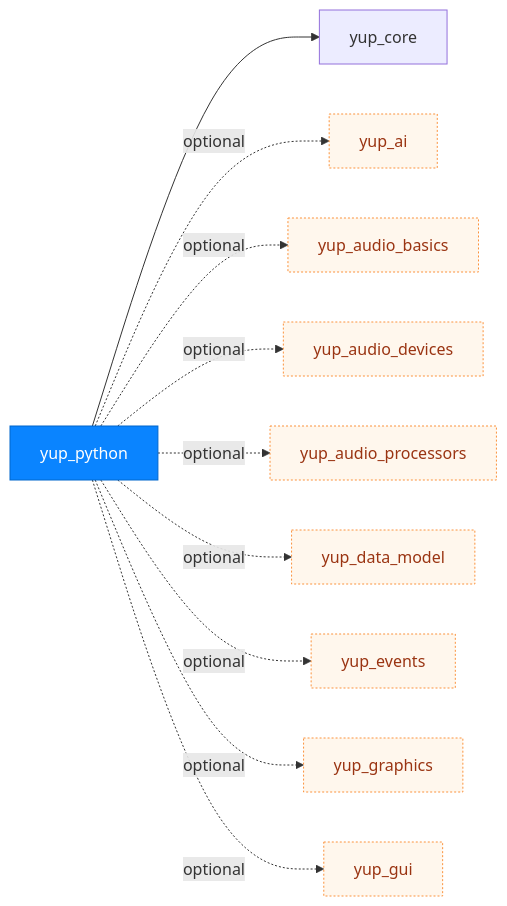
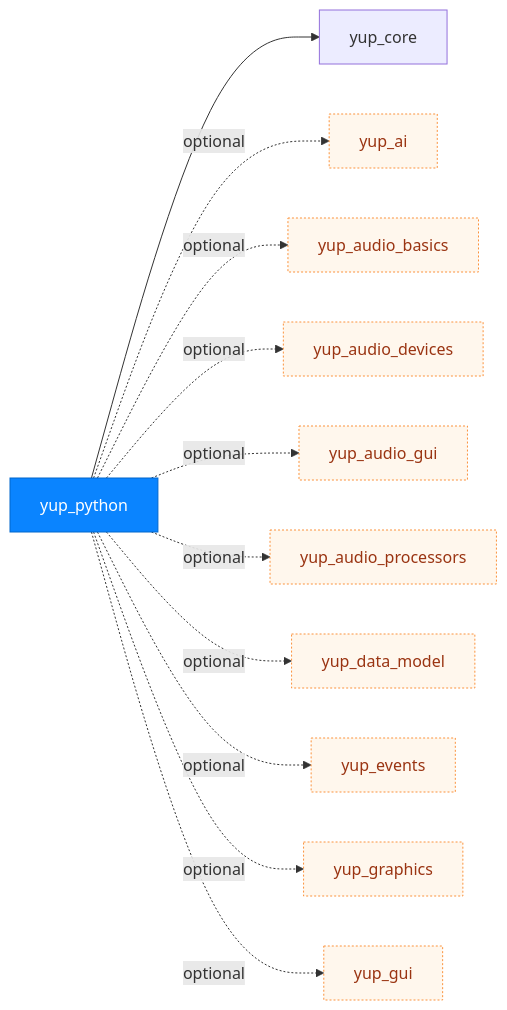
One commit to kunitoki/yup changed diagram 22 of 23 in docs/modules.md. Above: the diagram before and after it, drawn with Mermaid. The commit also changed 21 other files, not shown here.

````diff
--- a/docs/modules.md
+++ b/docs/modules.md
@@ -424,15 +424,16 @@
 ```mermaid
 flowchart LR
     yup_python:::self --> yup_core
     yup_python -. optional .-> yup_ai:::opt
     yup_python -. optional .-> yup_audio_basics:::opt
     yup_python -. optional .-> yup_audio_devices:::opt
+    yup_python -. optional .-> yup_audio_gui:::opt
     yup_python -. optional .-> yup_audio_processors:::opt
     yup_python -. optional .-> yup_data_model:::opt
     yup_python -. optional .-> yup_events:::opt
     yup_python -. optional .-> yup_graphics:::opt
     yup_python -. optional .-> yup_gui:::opt
     classDef self fill:#0a84ff,color:#fff,stroke:#0066cc;
     classDef ext fill:#f3f4f6,color:#374151,stroke:#9ca3af,stroke-dasharray:4 3;
     classDef opt fill:#fff7ed,color:#9a3412,stroke:#fb923c,stroke-dasharray:2 2;
 ```
````
